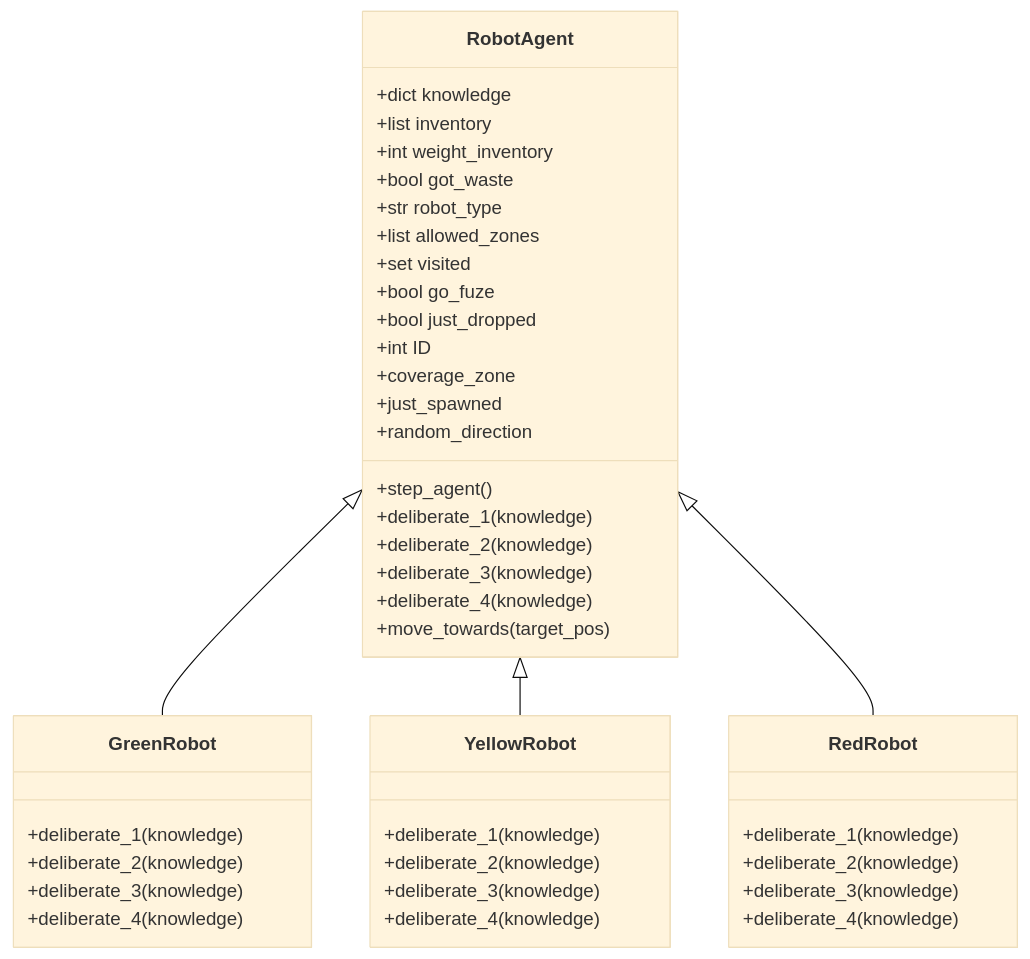
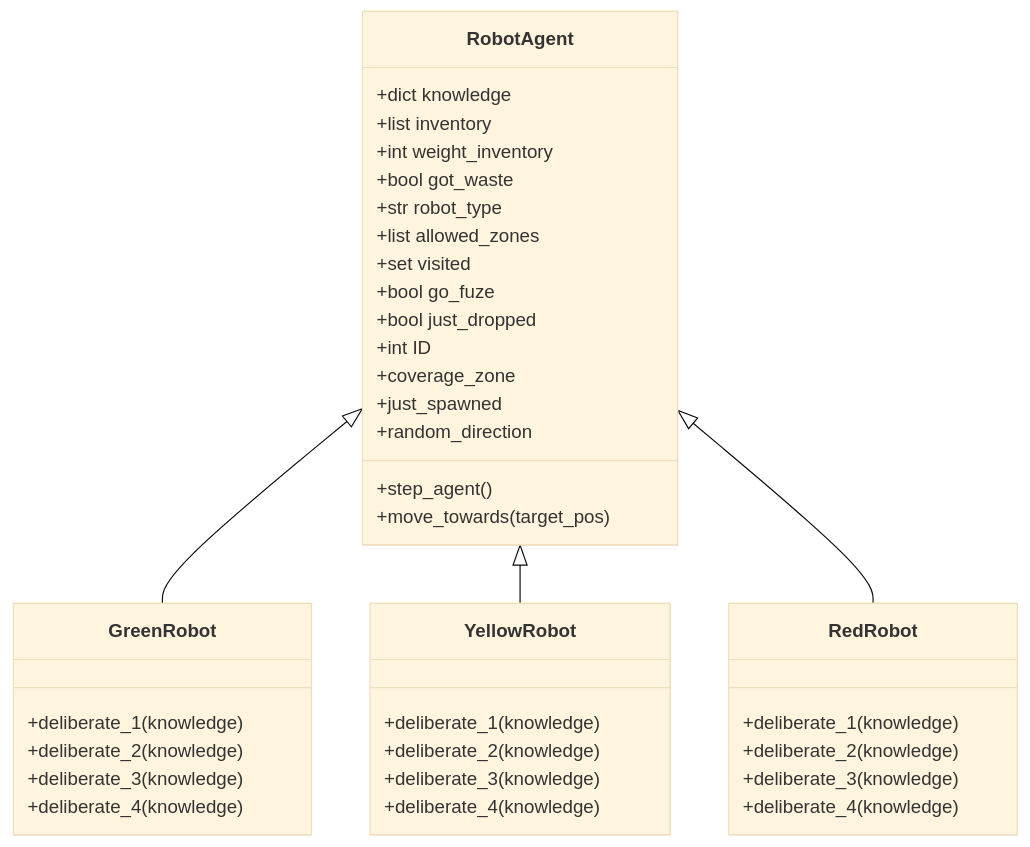
The diagram in README.md (guillfay/robot_mission_15), drawn with Mermaid (base theme) before and after one commit. The commit also changed other lines of this file and 11 other files, not shown here.

````diff
--- a/README.md
+++ b/README.md
@@ -45,49 +53,45 @@
 ```mermaid
 classDiagram
     class RobotAgent {
         +dict knowledge
         +list inventory
         +int weight_inventory
         +bool got_waste
         +str robot_type
         +list allowed_zones
         +set visited
         +bool go_fuze
         +bool just_dropped
         +int ID
         +coverage_zone
         +just_spawned
         +random_direction
         +step_agent()
-        +deliberate_1(knowledge)
-        +deliberate_2(knowledge)
-        +deliberate_3(knowledge)
-        +deliberate_4(knowledge)
         +move_towards(target_pos)
     }
     
     class GreenRobot {
         +deliberate_1(knowledge)
         +deliberate_2(knowledge)
         +deliberate_3(knowledge)
         +deliberate_4(knowledge)
     }
     
     class YellowRobot {
         +deliberate_1(knowledge)
         +deliberate_2(knowledge)
         +deliberate_3(knowledge)
         +deliberate_4(knowledge)
     }
 
     class RedRobot {
         +deliberate_1(knowledge)
         +deliberate_2(knowledge)
         +deliberate_3(knowledge)
         +deliberate_4(knowledge)
     }
     
     RobotAgent <|-- GreenRobot
     RobotAgent <|-- YellowRobot
     RobotAgent <|-- RedRobot
 ```
````
